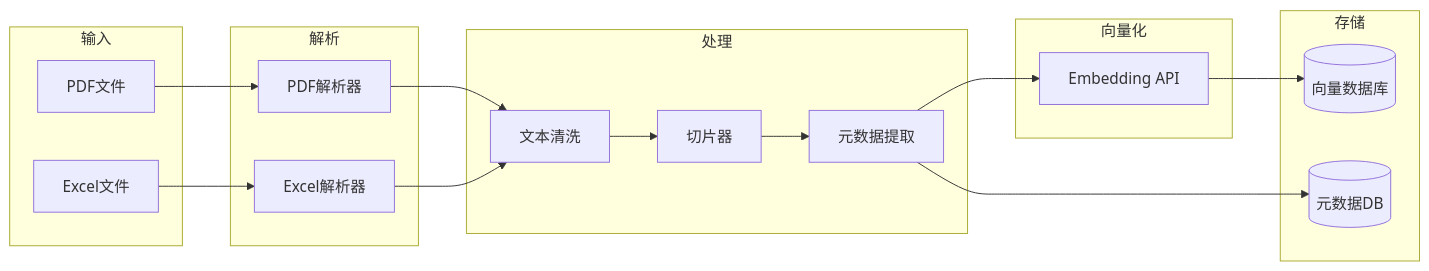
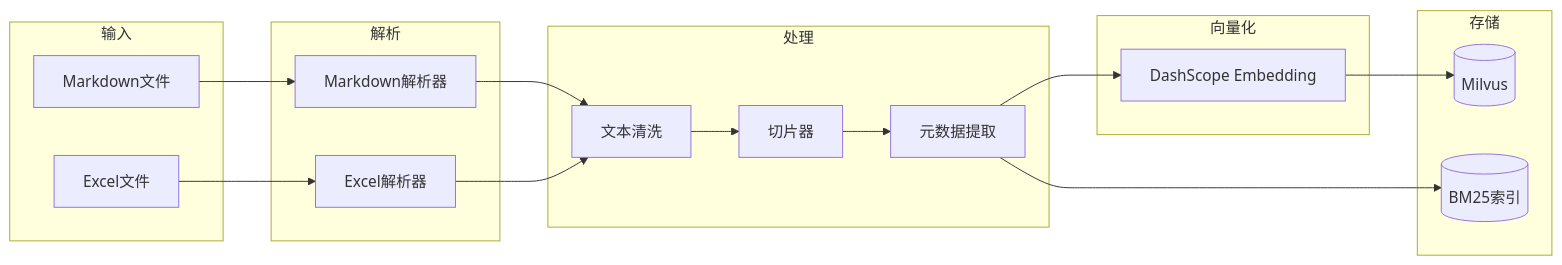
Before and after one commit to liuxinrongjinmu/ai_rag_Engineering_Quality_Inspection: the third of 4 diagrams in docs/工程质检RAG系统/DESIGN_工程质检RAG系统.md, drawn with Mermaid. The commit also changed other lines of this file and 14 other files, not shown here.

````diff
--- a/docs/工程质检RAG系统/DESIGN_工程质检RAG系统.md
+++ b/docs/工程质检RAG系统/DESIGN_工程质检RAG系统.md
@@ -292,37 +336,37 @@
 ```mermaid
 flowchart LR
     subgraph 输入
-        PDF[PDF文件]
+        MD[Markdown文件]
         XLS[Excel文件]
     end
     
     subgraph 解析
-        P1[PDF解析器]
+        P1[Markdown解析器]
         P2[Excel解析器]
     end
     
     subgraph 处理
         C1[文本清洗]
         C2[切片器]
         C3[元数据提取]
     end
     
     subgraph 向量化
-        E1[Embedding API]
+        E1[DashScope Embedding]
     end
     
     subgraph 存储
-        VDB[(向量数据库)]
-        META[(元数据DB)]
+        VDB[(Milvus)]
+        BM25[(BM25索引)]
     end
     
-    PDF --> P1
+    MD --> P1
     XLS --> P2
     P1 --> C1
     P2 --> C1
     C1 --> C2
     C2 --> C3
     C3 --> E1
     E1 --> VDB
-    C3 --> META
+    C3 --> BM25
 ```
````
